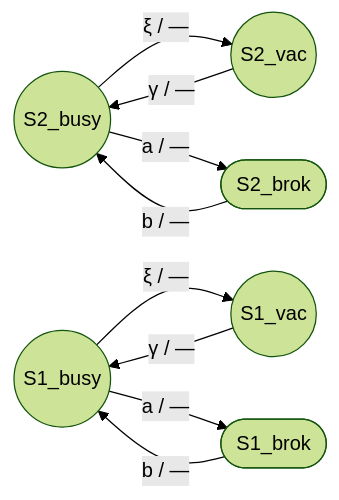
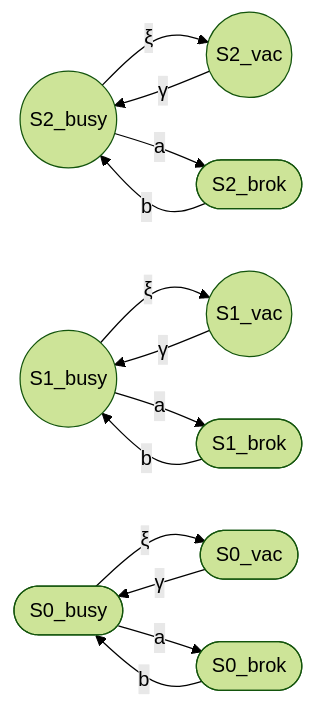
Before and after one commit to bpmbpm/doc: the fourth of 4 diagrams in IT/reliability_risk/reliability/formula/formula4/v1/review_Jain_2.md, drawn with Mermaid (forest theme). The commit also changed other lines of this file, not shown here.

````diff
--- a/IT/reliability_risk/reliability/formula/formula4/v1/review_Jain_2.md
+++ b/IT/reliability_risk/reliability/formula/formula4/v1/review_Jain_2.md
@@ -170,22 +202,30 @@
 ```mermaid
 flowchart LR
     S2_busy((S2_busy))
     S2_vac((S2_vac))
     S2_brok([S2_brok])
     
     S1_busy((S1_busy))
     S1_vac((S1_vac))
     S1_brok([S1_brok])
+    
+    S0_busy([S0_busy])
+    S0_vac([S0_vac])
+    S0_brok([S0_brok])
 
-    S2_busy -->|"ξ / —"| S2_vac
-    S1_busy -->|"ξ / —"| S1_vac
+    S2_busy -->|"ξ"| S2_vac
+    S1_busy -->|"ξ"| S1_vac
+    S0_busy -->|"ξ"| S0_vac
     
-    S2_vac -->|"γ / —"| S2_busy
-    S1_vac -->|"γ / —"| S1_busy
+    S2_vac -->|"γ"| S2_busy
+    S1_vac -->|"γ"| S1_busy
+    S0_vac -->|"γ"| S0_busy
     
-    S2_busy -->|"a / —"| S2_brok
-    S1_busy -->|"a / —"| S1_brok
+    S2_busy -->|"a"| S2_brok
+    S1_busy -->|"a"| S1_brok
+    S0_busy -->|"a"| S0_brok
     
-    S2_brok -->|"b / —"| S2_busy
-    S1_brok -->|"b / —"| S1_busy
+    S2_brok -->|"b"| S2_busy
+    S1_brok -->|"b"| S1_busy
+    S0_brok -->|"b"| S0_busy
 ```
````
